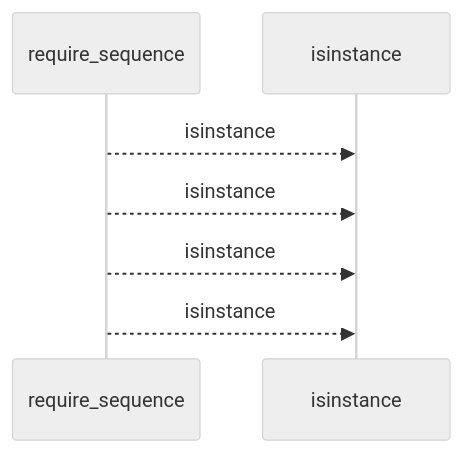
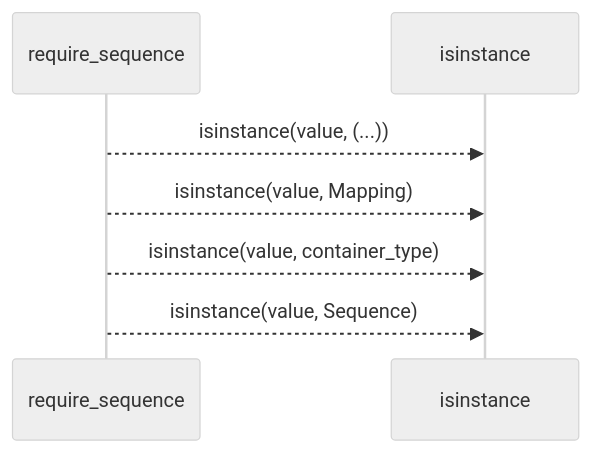
One commit to Denissvgn/python-wiki-llm changed the first of 2 diagrams in docs/llm_wiki/flows/api-require_sequence.md. Above: the diagram before and after it, drawn with Mermaid (neutral theme). The commit also changed other lines of this file and 1410 other files, not shown here.

````diff
--- a/docs/llm_wiki/flows/api-require_sequence.md
+++ b/docs/llm_wiki/flows/api-require_sequence.md
@@ -10,9 +12,9 @@
 ```mermaid
 sequenceDiagram
     participant p0 as require_sequence
     participant p1 as isinstance
-    p0-->>p1: isinstance
-    p0-->>p1: isinstance
-    p0-->>p1: isinstance
-    p0-->>p1: isinstance
+    p0-->>p1: isinstance(value, (...))
+    p0-->>p1: isinstance(value, Mapping)
+    p0-->>p1: isinstance(value, container_type)
+    p0-->>p1: isinstance(value, Sequence)
 ```
````
